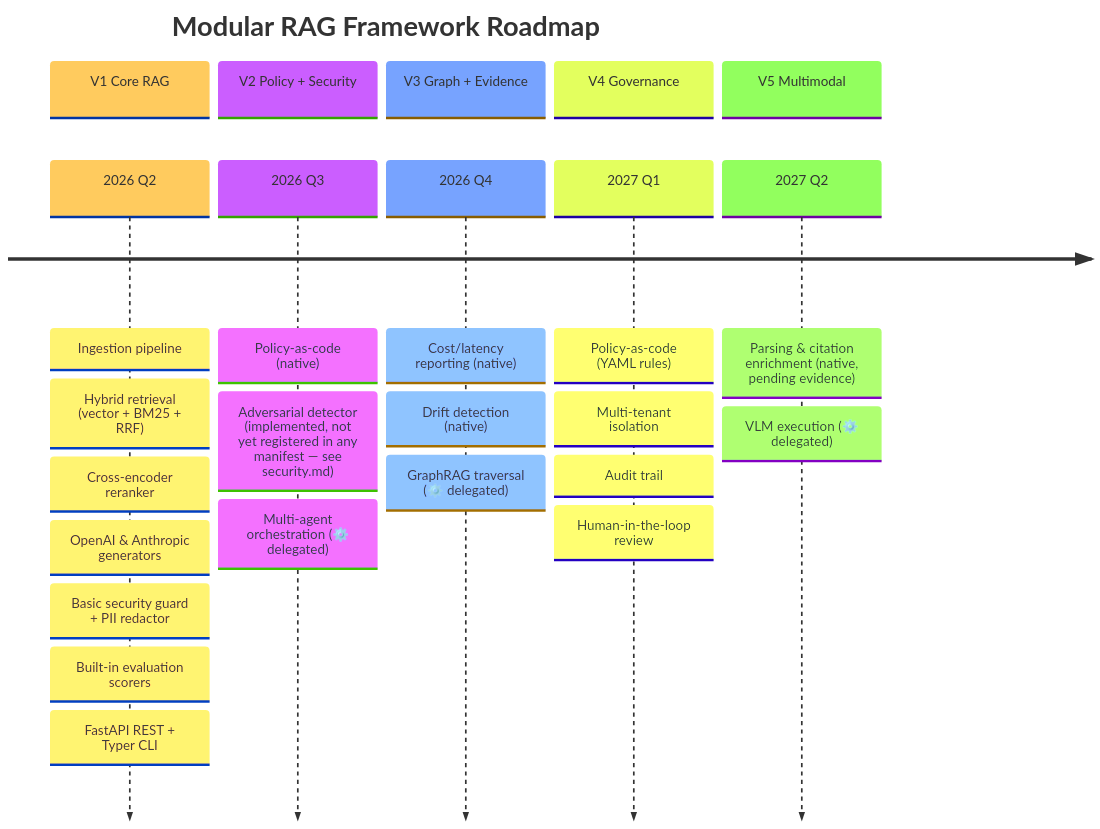
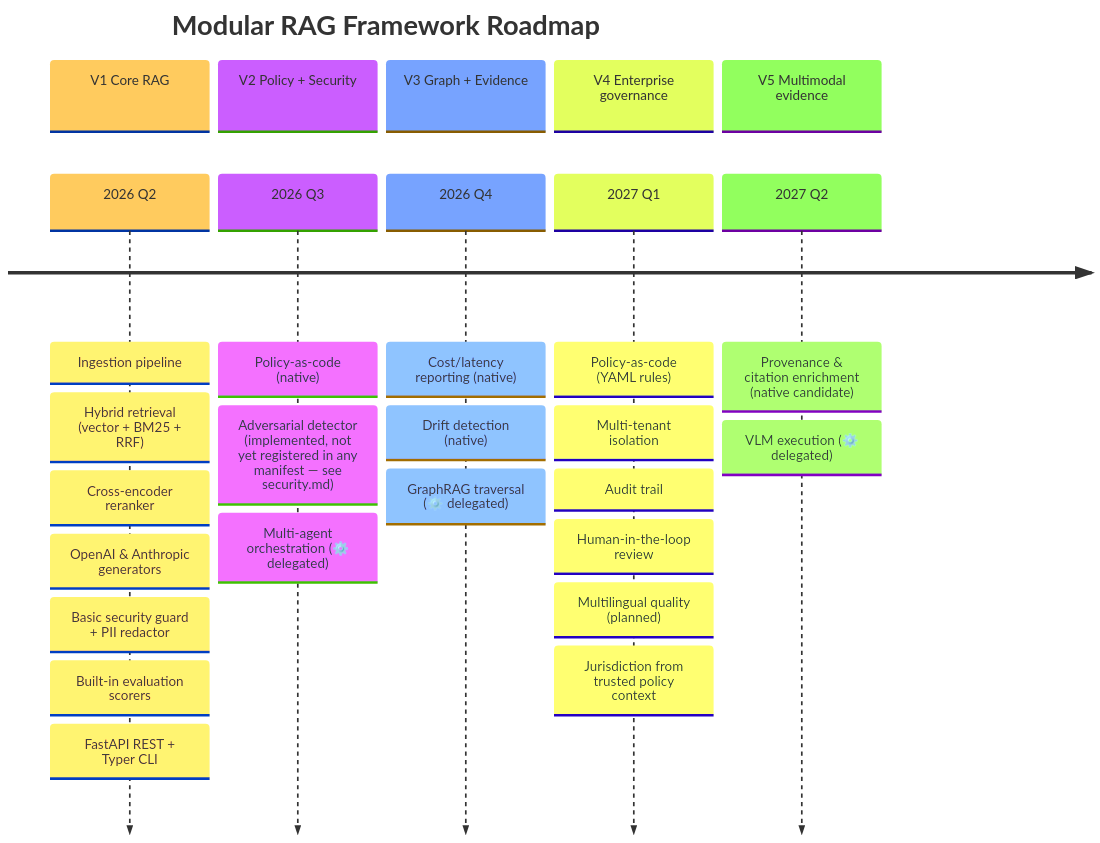
One commit to HerbertGourout/modular-rag-framework changed the first of 5 diagrams in docs/architecture/roadmap-mermaid.md. Above: the diagram before and after it, drawn with Mermaid. The commit also changed other lines of this file and 52 other files, not shown here.

````diff
--- a/docs/architecture/roadmap-mermaid.md
+++ b/docs/architecture/roadmap-mermaid.md
@@ -17,29 +17,31 @@
 ```mermaid
 %%{init: {"theme": "base"}}%%
 timeline
     title Modular RAG Framework Roadmap
     section V1 Core RAG
         2026 Q2 : Ingestion pipeline
                 : Hybrid retrieval (vector + BM25 + RRF)
                 : Cross-encoder reranker
                 : OpenAI & Anthropic generators
                 : Basic security guard + PII redactor
                 : Built-in evaluation scorers
                 : FastAPI REST + Typer CLI
     section V2 Policy + Security
         2026 Q3 : Policy-as-code (native)
                 : Adversarial detector (implemented, not yet registered in any manifest — see security.md)
                 : Multi-agent orchestration (⚙️ delegated)
     section V3 Graph + Evidence
         2026 Q4 : Cost/latency reporting (native)
                 : Drift detection (native)
                 : GraphRAG traversal (⚙️ delegated)
-    section V4 Governance
+    section V4 Enterprise governance
         2027 Q1 : Policy-as-code (YAML rules)
                 : Multi-tenant isolation
                 : Audit trail
                 : Human-in-the-loop review
-    section V5 Multimodal
-        2027 Q2 : Parsing & citation enrichment (native, pending evidence)
+                : Multilingual quality (planned)
+                : Jurisdiction from trusted policy context
+    section V5 Multimodal evidence
+        2027 Q2 : Provenance & citation enrichment (native candidate)
                 : VLM execution (⚙️ delegated)
 ```
````
